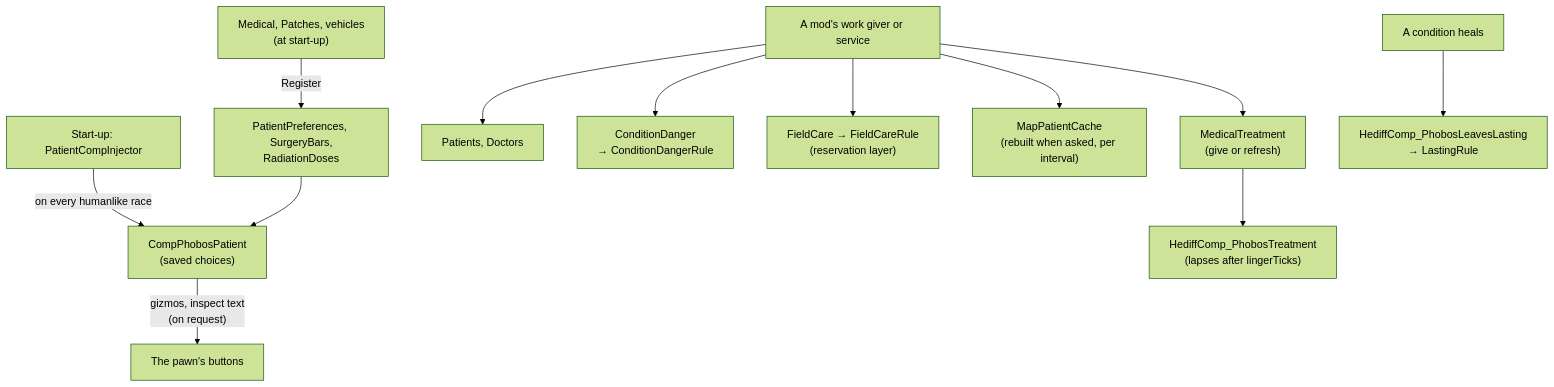
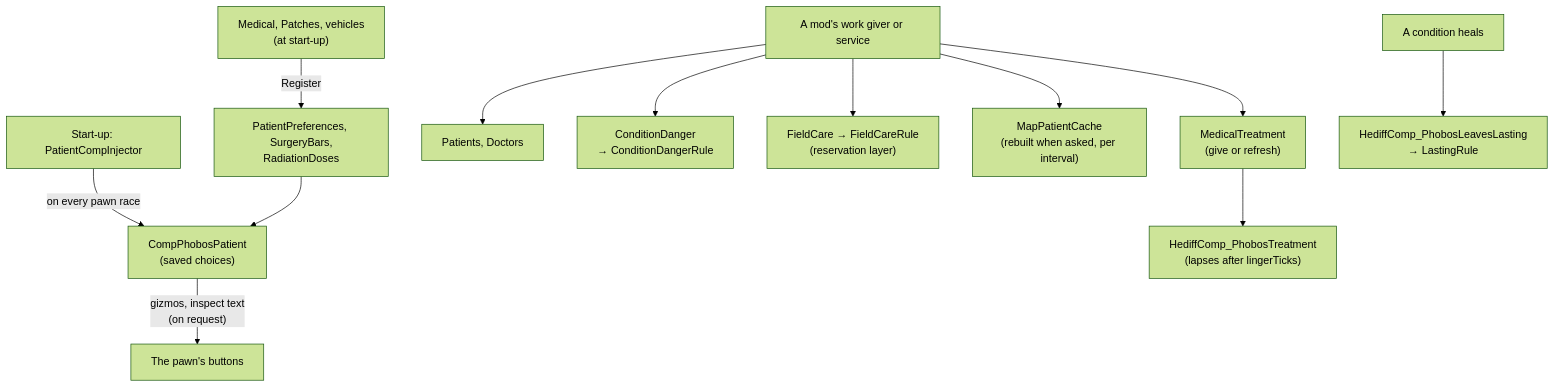
One commit to phobos-dthorga/phobos-rimworld changed the diagram in docs/development/systems/health-layer.md. Above: the diagram before and after it, drawn with Mermaid (forest theme). The commit also changed other lines of this file and 21 other files, not shown here.

First line of the commit message:
One faulty mod never empties a person's buttons, and buttons reach every kind of pawn (Framework 0.381.1)

````diff
--- a/docs/development/systems/health-layer.md
+++ b/docs/development/systems/health-layer.md
@@ -143,14 +147,14 @@
 ```mermaid
 flowchart TB
-  START["Start-up: PatientCompInjector"] -->|"on every humanlike race"| COMP["CompPhobosPatient<br/>(saved choices)"]
+  START["Start-up: PatientCompInjector"] -->|"on every pawn race"| COMP["CompPhobosPatient<br/>(saved choices)"]
   MODS["Medical, Patches, vehicles<br/>(at start-up)"] -->|"Register"| REG["PatientPreferences, SurgeryBars,<br/>RadiationDoses"]
   REG --> COMP
   COMP -->|"gizmos, inspect text<br/>(on request)"| UI["The pawn's buttons"]
   ASK["A mod's work giver or service"] --> PAT["Patients, Doctors"]
   ASK --> CD["ConditionDanger<br/>→ ConditionDangerRule"]
   ASK --> FC["FieldCare → FieldCareRule<br/>(reservation layer)"]
   ASK --> CACHE["MapPatientCache<br/>(rebuilt when asked, per interval)"]
   ASK --> TR["MedicalTreatment<br/>(give or refresh)"]
   TR --> LAPSE["HediffComp_PhobosTreatment<br/>(lapses after lingerTicks)"]
   HEAL["A condition heals"] --> LL["HediffComp_PhobosLeavesLasting<br/>→ LastingRule"]
 ```
````
